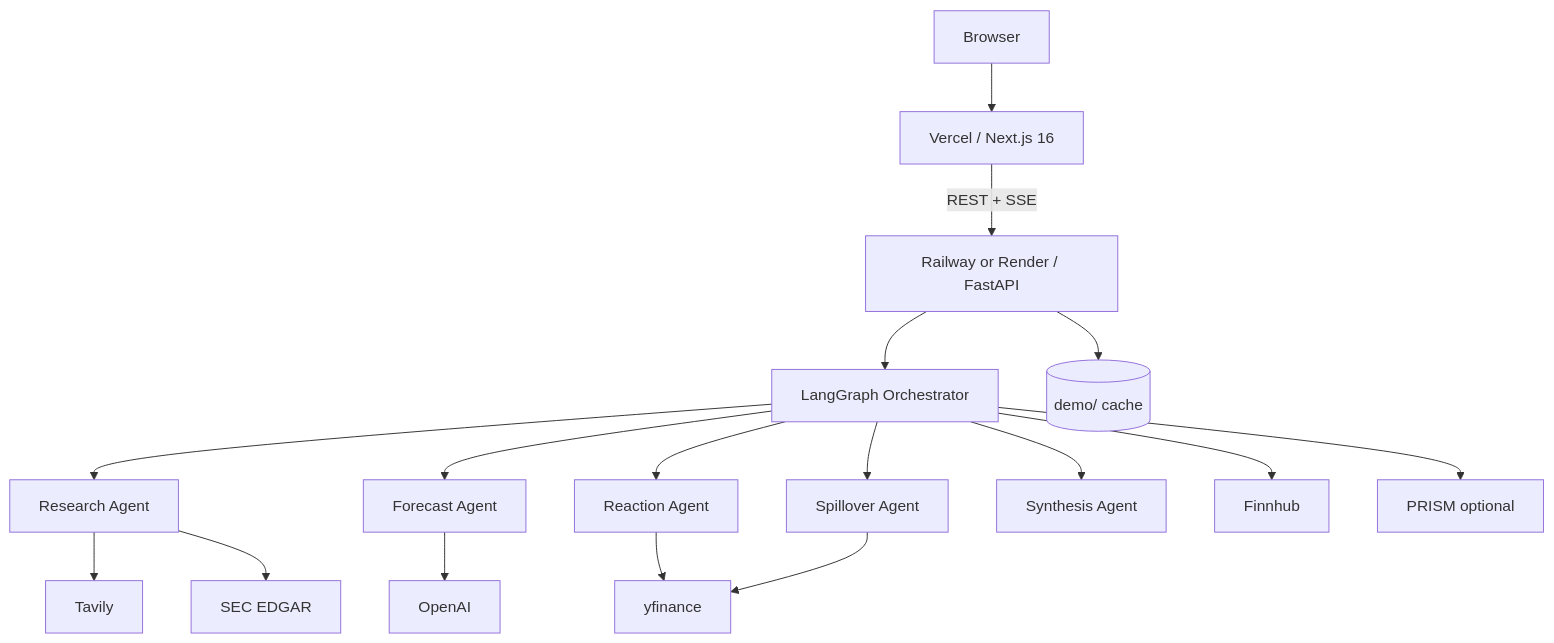
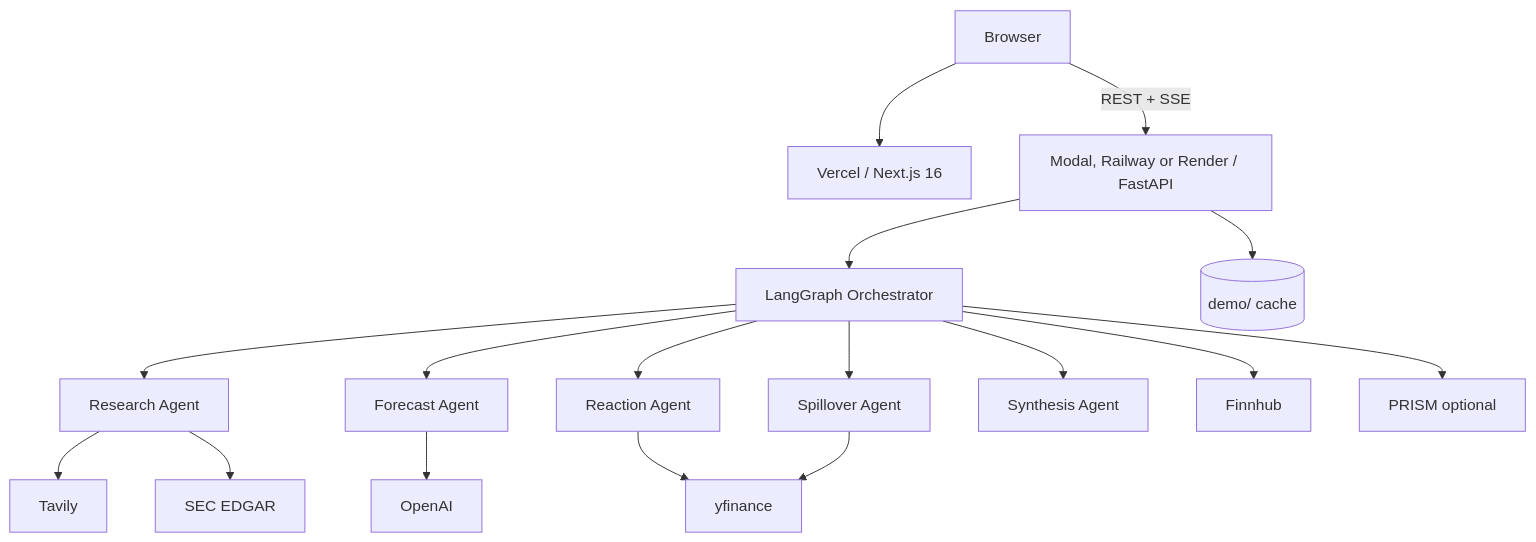
The diagram in docs/DEPLOYMENT.md (omkargadute/EarningsPulse), drawn with Mermaid before and after one commit. The commit also changed other lines of this file and 13 other files, not shown here.

Commit message:
Remove unused provider state and unblock async data flows

````diff
--- a/docs/DEPLOYMENT.md
+++ b/docs/DEPLOYMENT.md
@@ -19,19 +29,19 @@
 ```mermaid
 flowchart TB
   User[Browser] --> Vercel[Vercel / Next.js 16]
-  Vercel -->|REST + SSE| API[Railway or Render / FastAPI]
+  User -->|REST + SSE| API[Modal, Railway or Render / FastAPI]
   API --> Orchestrator[LangGraph Orchestrator]
   Orchestrator --> Research[Research Agent]
   Orchestrator --> Forecast[Forecast Agent]
   Orchestrator --> Reaction[Reaction Agent]
   Orchestrator --> Spillover[Spillover Agent]
   Orchestrator --> Synthesis[Synthesis Agent]
   Research --> Tavily[Tavily]
   Research --> EDGAR[SEC EDGAR]
   Forecast --> OpenAI[OpenAI]
   Reaction --> YF[yfinance]
   Spillover --> YF
   Orchestrator --> Finnhub[Finnhub]
   Orchestrator --> PRISM[PRISM optional]
   API --> DemoCache[(demo/ cache)]
 ```
````
